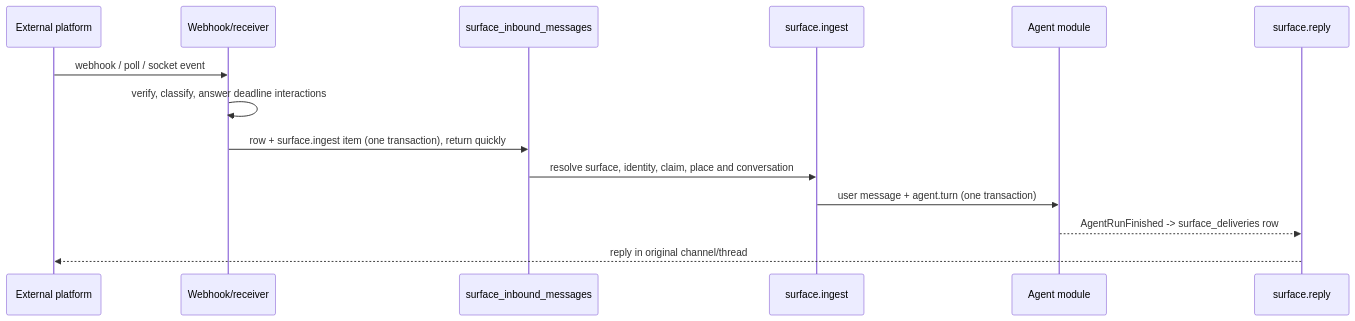
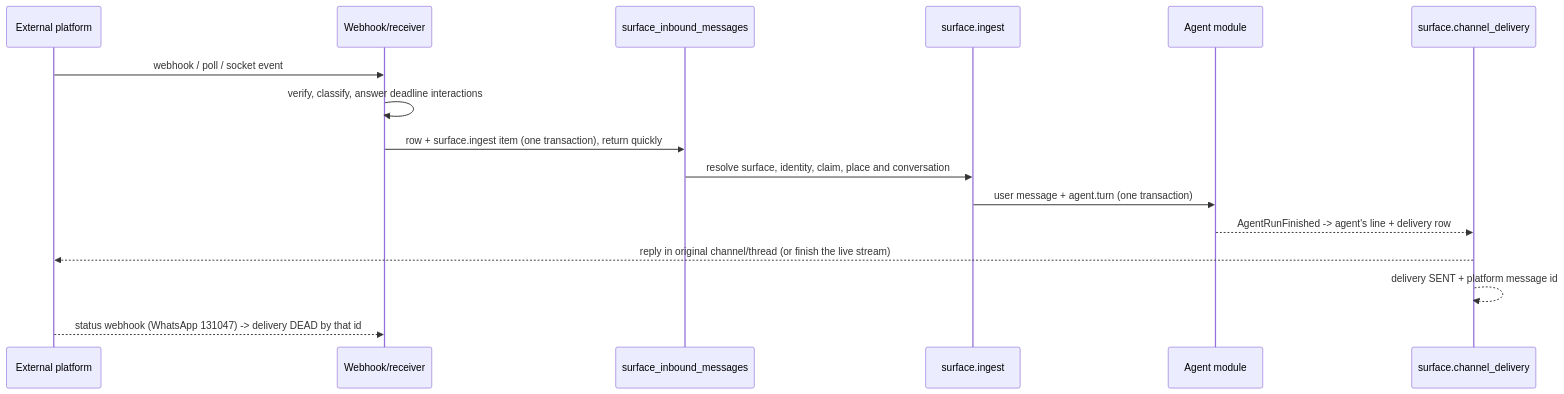
The diagram in lemma-backend/docs/modules/agent_surfaces.md (brainsparker/lemma-platform), drawn with Mermaid before and after one commit. The commit also changed other lines of this file and 178 other files, not shown here.

````diff
--- a/lemma-backend/docs/modules/agent_surfaces.md
+++ b/lemma-backend/docs/modules/agent_surfaces.md
@@ -86,16 +86,18 @@
 ```mermaid
 sequenceDiagram
     participant P as External platform
     participant API as Webhook/receiver
     participant DB as surface_inbound_messages
     participant In as surface.ingest
     participant A as Agent module
-    participant Out as surface.reply
+    participant Out as surface.channel_delivery
     P->>API: webhook / poll / socket event
     API->>API: verify, classify, answer deadline interactions
     API->>DB: row + surface.ingest item (one transaction), return quickly
     DB->>In: resolve surface, identity, claim, place and conversation
     In->>A: user message + agent.turn (one transaction)
-    A-->>Out: AgentRunFinished -> surface_deliveries row
-    Out-->>P: reply in original channel/thread
+    A-->>Out: AgentRunFinished -> agent's line + delivery row
+    Out-->>P: reply in original channel/thread (or finish the live stream)
+    Out-->>Out: delivery SENT + platform message id
+    P-->>API: status webhook (WhatsApp 131047) -> delivery DEAD by that id
 ```
````
